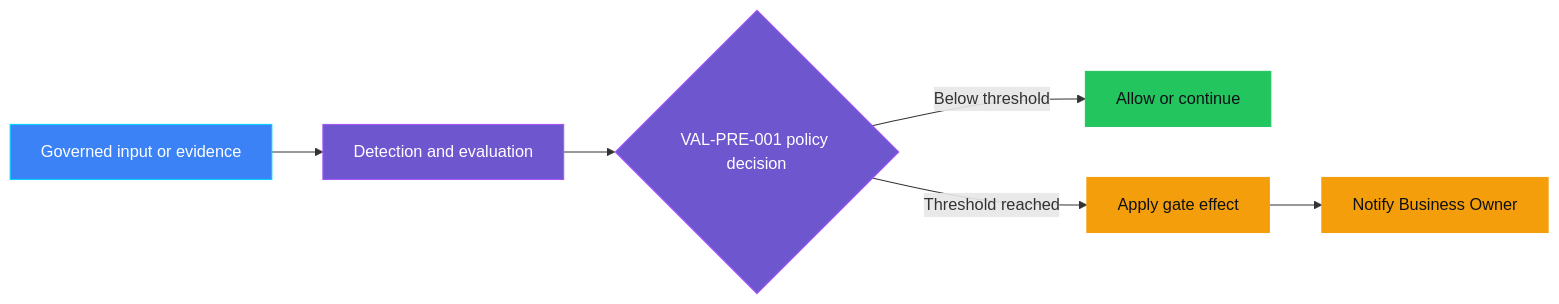
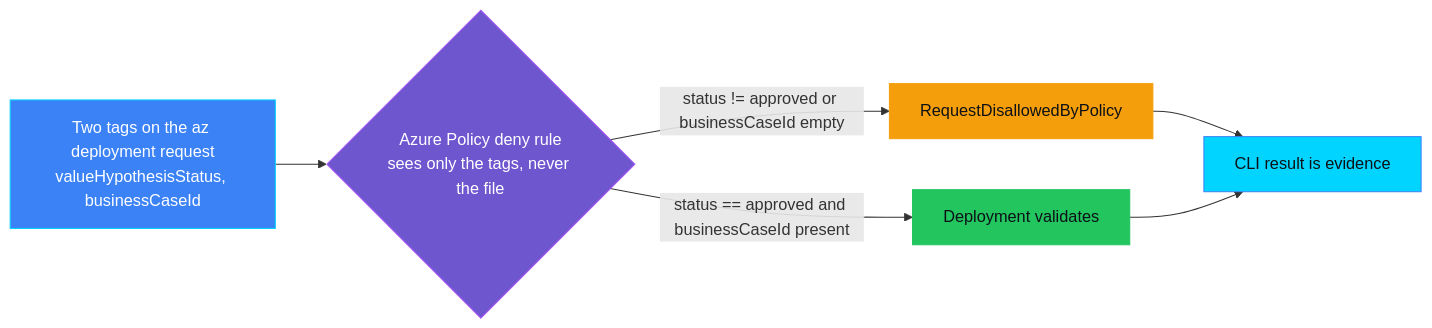
One commit to doruit/forged-with-foundry changed the second of 4 diagrams in controls/value_adoption_and_finops/VAL-PRE-001_value_hypothesis_missing/README.md. Above: the diagram before and after it, drawn with Mermaid. The commit also changed other lines of this file and 23 other files, not shown here.

First line of the commit message:
feat(val-pre-001): add real GitHub Actions + OIDC CI/CD gate demo

````diff
--- a/controls/value_adoption_and_finops/VAL-PRE-001_value_hypothesis_missing/README.md
+++ b/controls/value_adoption_and_finops/VAL-PRE-001_value_hypothesis_missing/README.md
@@ -41,17 +183,19 @@
 ```mermaid
 flowchart LR
-    I[Governed input or evidence] --> D[Detection and evaluation]
-    D --> P{VAL-PRE-001 policy decision}
-    P -->|Below threshold| A[Allow or continue]
-    P -->|Threshold reached| E[Apply gate effect]
-    E --> O[Notify Business Owner]
+  T["Two tags on the az deployment request<br/>valueHypothesisStatus, businessCaseId"] --> P{"Azure Policy deny rule<br/>sees only the tags, never the file"}
+  P -->|status != approved or businessCaseId empty| D[RequestDisallowedByPolicy]
+  P -->|status == approved and businessCaseId present| VA[Deployment validates]
+  D --> E[CLI result is evidence]
+  VA --> E
 
-    classDef governance fill:#6E56CF,stroke:#A855F7,color:#FFFFFF
-    classDef platform fill:#3B82F6,stroke:#00D4FF,color:#FFFFFF
-    classDef success fill:#22C55E,stroke:#22C55E,color:#0D1117
-    classDef attention fill:#F59E0B,stroke:#F59E0B,color:#0D1117
-    class D,P governance
-    class I platform
-    class A success
-    class E,O attention
+  classDef governance fill:#6E56CF,stroke:#A855F7,color:#FFFFFF
+  classDef platform fill:#3B82F6,stroke:#00D4FF,color:#FFFFFF
+  classDef evidence fill:#00D4FF,stroke:#3B82F6,color:#0D1117
+  classDef success fill:#22C55E,stroke:#22C55E,color:#0D1117
+  classDef attention fill:#F59E0B,stroke:#F59E0B,color:#0D1117
+  class T platform
+  class P governance
+  class D attention
+  class VA success
+  class E evidence
 ```
````
